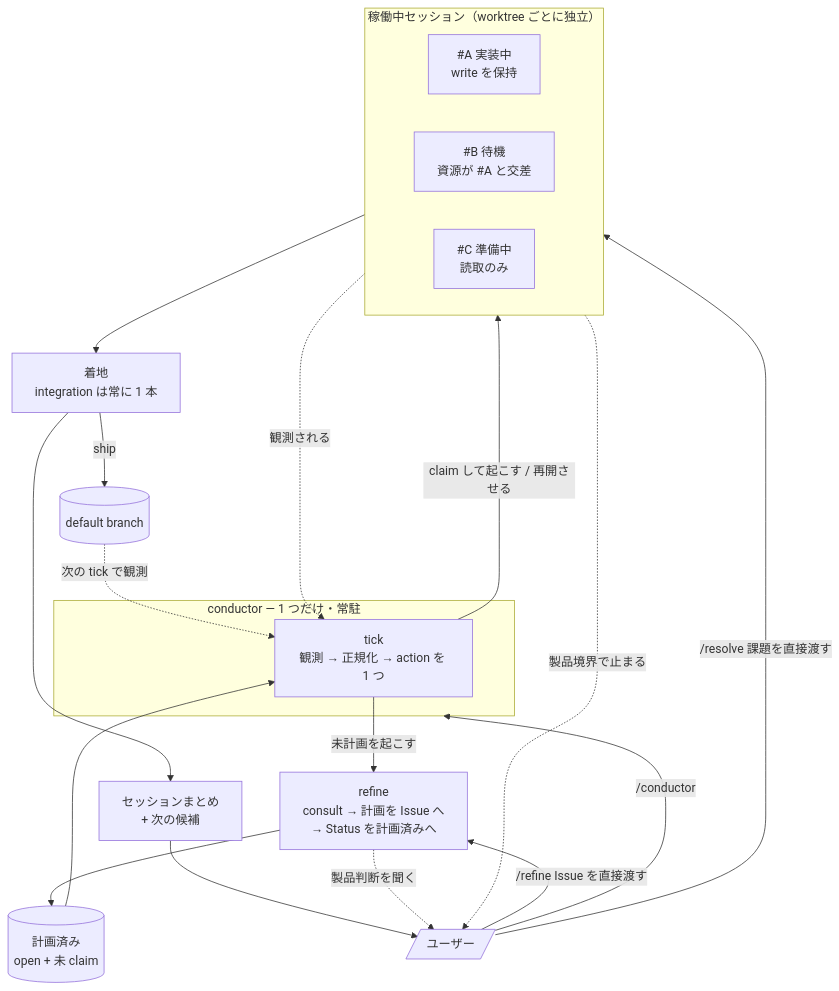
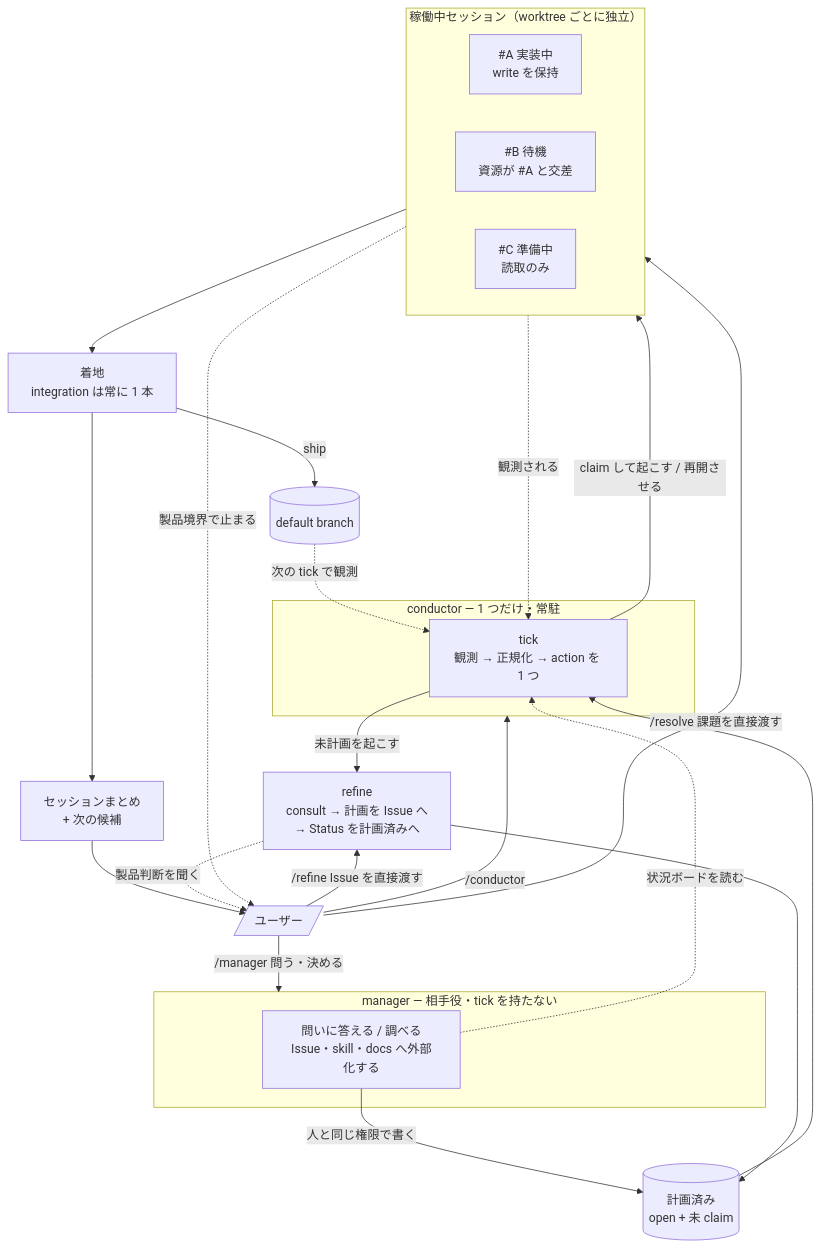
The diagram in agents/docs/README.md (usagizmo/agentfiles), drawn with Mermaid before and after one commit. The commit also changed other lines of this file and 2 other files, not shown here.

Commit message:
✨ [agents] 人の相手役として manager を足し、conductor から対話を切り離す
- conductor は tick で context が空でいてほしい reconciler だが、対話・調査・文書仕事を載せると調査で埋まって tick が後回しになる。実測で 1 セッション中 tick は 3 回、残りは全部対話だった
- 権限の線は「人と同じものだけ持ち、orchestrator の action は持たない」。lease は観測からの導出で排他は claim の branch 作成 1 つしかないため、2 つの実行器が action を出すと同じ枠を別の課題へ渡す・同じ実体を二重に起こす・integration が割れる。人の権限しか持たなければ向こうから見て人が 2 人いるだけで矛盾しない
- 本命は放置されたものの回収。着地の積み残しは PR 本文にしか残らず、退避先は人が見るまで拾われない。どちらも誰も見に来ないことで死ぬ
- 層構造・全体像の図・役割分担表・layers.tsv を更新

````diff
--- a/agents/docs/README.md
+++ b/agents/docs/README.md
@@ -27,30 +27,38 @@
 ```mermaid
 flowchart TB
-    U[/ユーザー/] -->|/conductor| AP
+    U[/ユーザー/] -->|/manager 問う・決める| MG
+    U -->|/conductor| AP
     U -->|/resolve 課題を直接渡す| RUN
     U -->|/refine Issue を直接渡す| G
+
+    subgraph MG["manager — 相手役・tick を持たない"]
+        ASK["問いに答える / 調べる<br/>Issue・skill・docs へ外部化する"]
+    end
 
     subgraph AP["conductor — 1 つだけ・常駐"]
         TICK["tick<br/>観測 → 正規化 → action を 1 つ"]
     end
+
+    ASK -->|人と同じ権限で書く| Q
+    ASK -.状況ボードを読む.-> TICK
 
     TICK -->|未計画を起こす| G["refine<br/>consult → 計画を Issue へ<br/>→ Status を計画済みへ"]
     G --> Q[("計画済み<br/>open + 未 claim")]
     Q --> TICK
 
     subgraph RUN["稼働中セッション（worktree ごとに独立）"]
         direction LR
         SA["#A 実装中<br/>write を保持"]
         SB["#B 待機<br/>資源が #A と交差"]
         SC["#C 準備中<br/>読取のみ"]
     end
 
     TICK -->|claim して起こす / 再開させる| RUN
     RUN -.観測される.-> TICK
     SA --> LAND["着地<br/>integration は常に 1 本"]
     LAND -->|ship| MAIN[(default branch)]
     MAIN -.次の tick で観測.-> TICK
     LAND --> RP[セッションまとめ<br/>+ 次の候補] --> U
     G -.製品判断を聞く.-> U
     RUN -.製品境界で止まる.-> U
 ```
````
